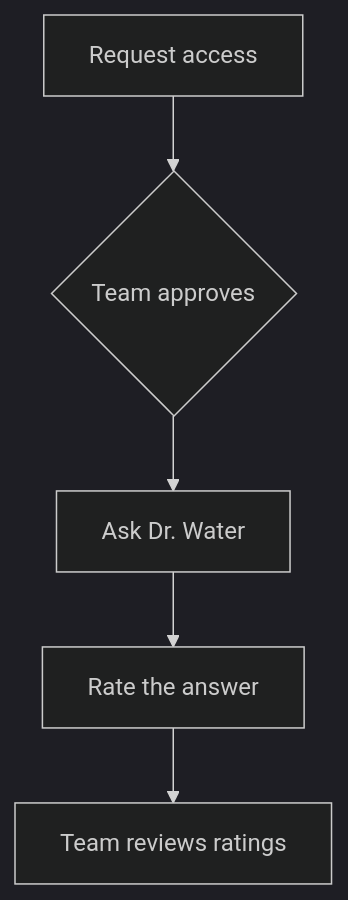
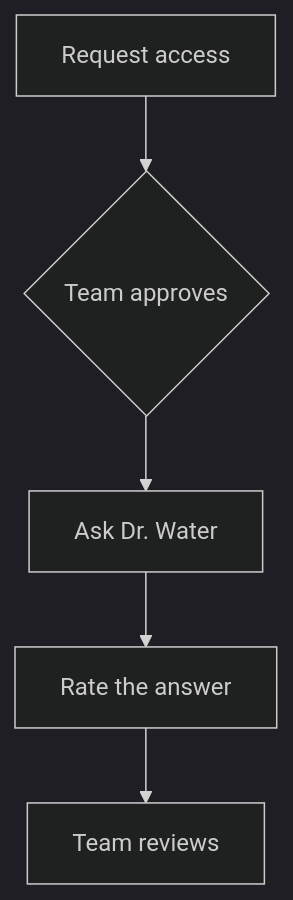
One commit to Mohanad1st/mohandes-ai-showcase changed the diagram in README.md. Above: the diagram before and after it, drawn with Mermaid (dark theme). The commit also changed other lines of this file and 1 other file, not shown here.

First line of the commit message:
docs: rewrite case study in plain first-person voice

````diff
--- a/README.md
+++ b/README.md
@@ -29,9 +27,9 @@
 ```mermaid
 flowchart TD
   accTitle: How access to Dr. Water works
-  accDescr: A person requests access, the team approves, the person asks questions, rates answers, and the team reviews the ratings.
+  accDescr: A person requests access, the team approves, the person asks questions and rates answers, and the team can review the ratings and chats.
   A[Request access] --> B{Team approves}
   B --> C[Ask Dr. Water]
   C --> D[Rate the answer]
-  D --> E[Team reviews ratings]
+  D --> E[Team reviews]
 ```
````
